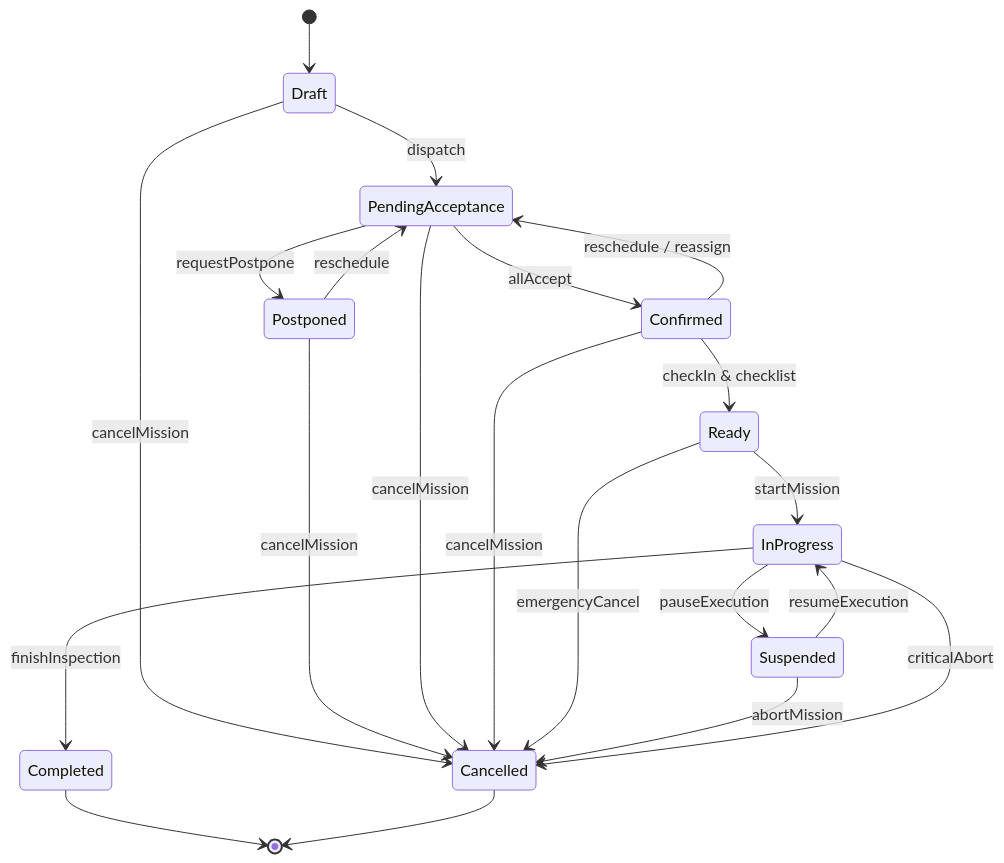
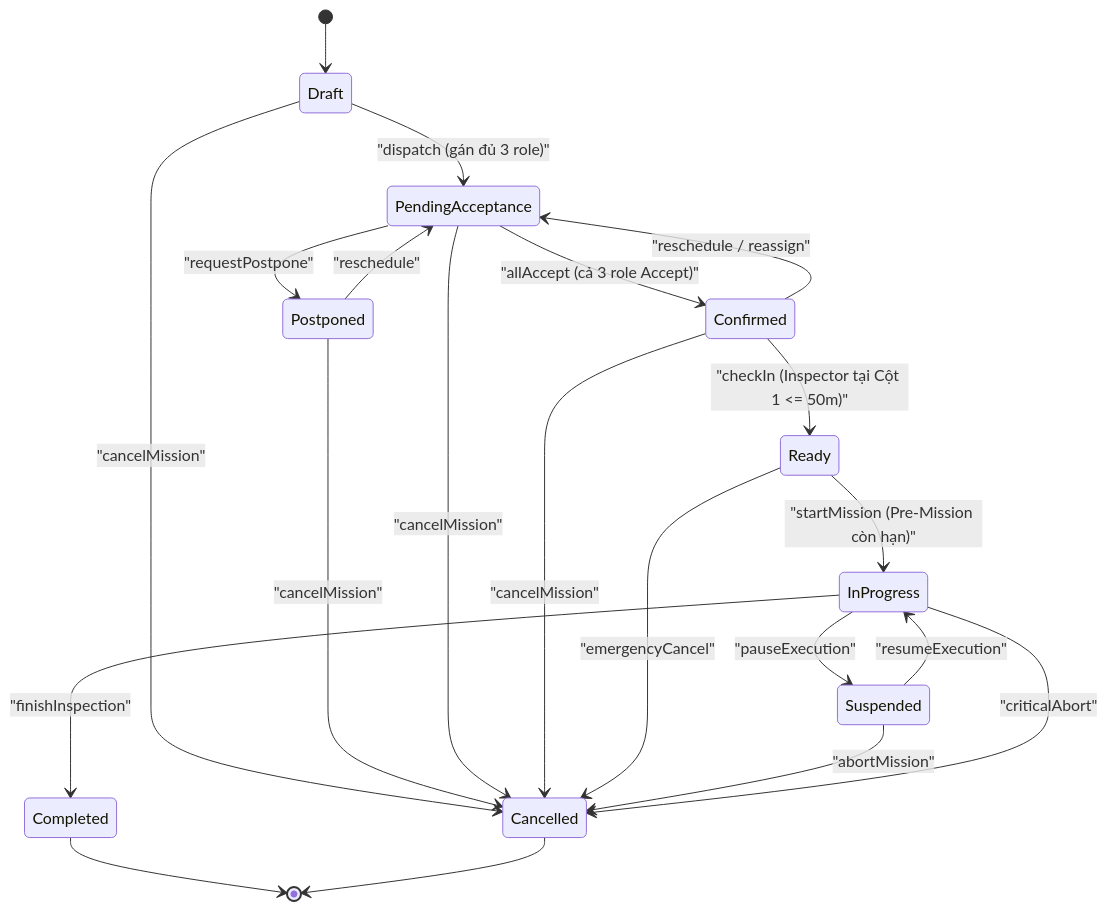
Before and after one commit to Eau-Claire/UavPms_Org: the second of 3 diagrams in docs/MASTER_SYSTEM_SPEC.md, drawn with Mermaid. The commit also changed other lines of this file and 25 other files, not shown here.

````diff
--- a/docs/MASTER_SYSTEM_SPEC.md
+++ b/docs/MASTER_SYSTEM_SPEC.md
@@ -214,23 +283,23 @@
-  ```mermaid
-  stateDiagram-v2
-      [*] --> Draft
-      Draft --> PendingAcceptance: dispatch
-      Draft --> Cancelled: cancelMission
-      PendingAcceptance --> Postponed: requestPostpone
-      Postponed --> PendingAcceptance: reschedule
-      Postponed --> Cancelled: cancelMission
-      PendingAcceptance --> Confirmed: allAccept
-      PendingAcceptance --> Cancelled: cancelMission
-      Confirmed --> PendingAcceptance: reschedule / reassign
-      Confirmed --> Ready: checkIn & checklist
-      Confirmed --> Cancelled: cancelMission
-      Ready --> InProgress: startMission
-      Ready --> Cancelled: emergencyCancel
-      InProgress --> Suspended: pauseExecution
-      Suspended --> InProgress: resumeExecution
-      Suspended --> Cancelled: abortMission
-      InProgress --> Cancelled: criticalAbort
-      InProgress --> Completed: finishInspection
-      Completed --> [*]
-      Cancelled --> [*]
-  ```
+```mermaid
+stateDiagram-v2
+    [*] --> Draft
+    Draft --> PendingAcceptance: "dispatch (gán đủ 3 role)"
+    Draft --> Cancelled: "cancelMission"
+    PendingAcceptance --> Postponed: "requestPostpone"
+    Postponed --> PendingAcceptance: "reschedule"
+    Postponed --> Cancelled: "cancelMission"
+    PendingAcceptance --> Confirmed: "allAccept (cả 3 role Accept)"
+    PendingAcceptance --> Cancelled: "cancelMission"
+    Confirmed --> PendingAcceptance: "reschedule / reassign"
+    Confirmed --> Ready: "checkIn (Inspector tại Cột 1 <= 50m)"
+    Confirmed --> Cancelled: "cancelMission"
+    Ready --> InProgress: "startMission (Pre-Mission còn hạn)"
+    Ready --> Cancelled: "emergencyCancel"
+    InProgress --> Suspended: "pauseExecution"
+    Suspended --> InProgress: "resumeExecution"
+    Suspended --> Cancelled: "abortMission"
+    InProgress --> Cancelled: "criticalAbort"
+    InProgress --> Completed: "finishInspection"
+    Completed --> [*]
+    Cancelled --> [*]
+```
````
